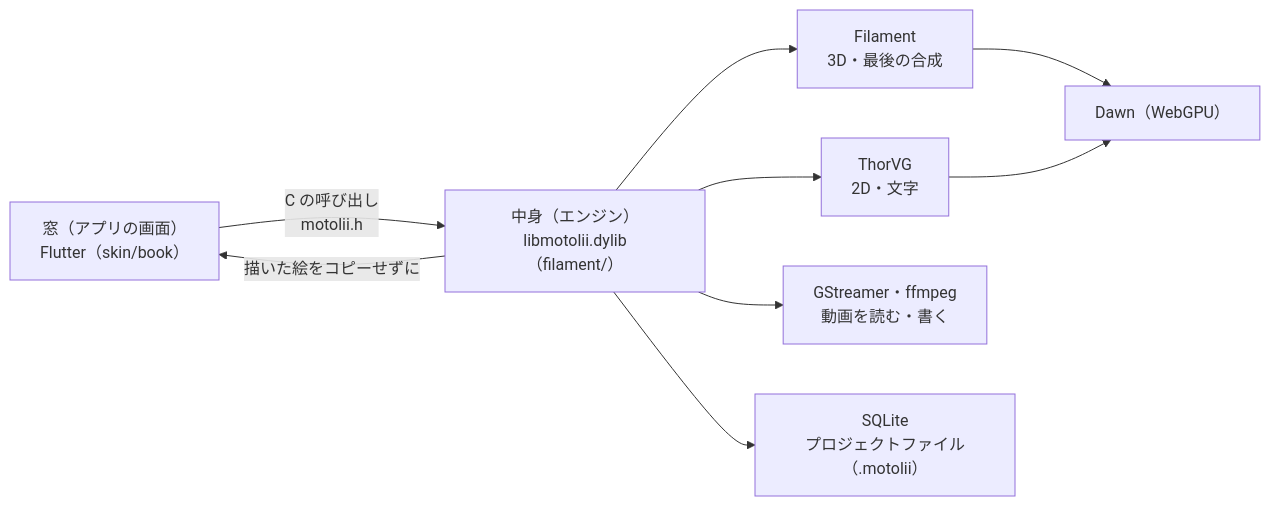
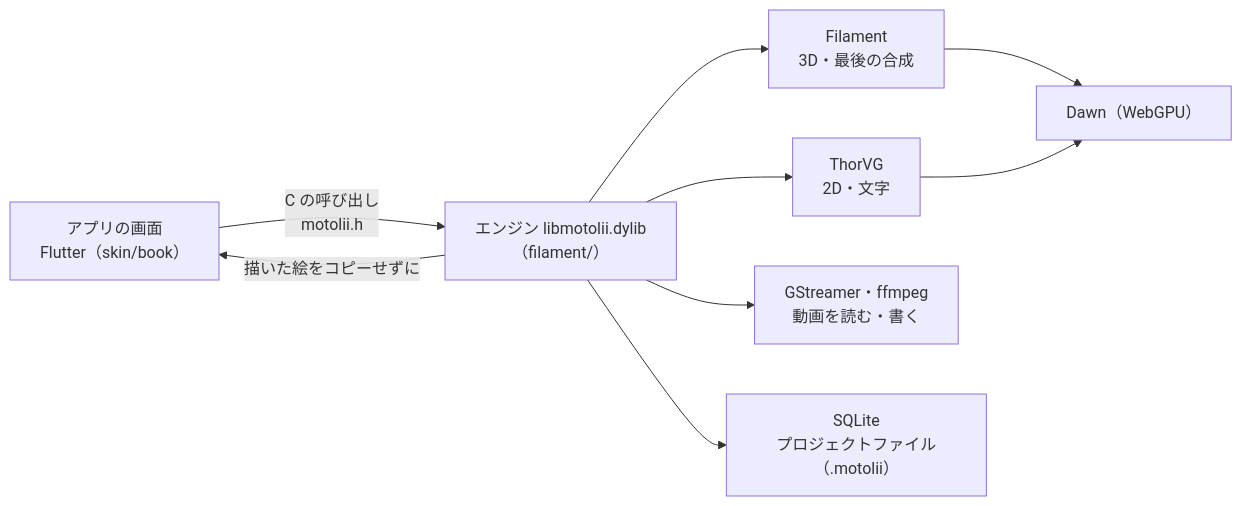
The diagram in README.md (oshikaidesu/Motolii), drawn with Mermaid before and after one commit. The commit also changed other lines of this file and 25 other files, not shown here.

````diff
--- a/README.md
+++ b/README.md
@@ -53,11 +59,11 @@
 ```mermaid
 flowchart LR
-  W["窓（アプリの画面）<br/>Flutter（skin/book）"] -- "C の呼び出し<br/>motolii.h" --> E["中身（エンジン）libmotolii.dylib<br/>（filament/）"]
+  W["アプリの画面<br/>Flutter（skin/book）"] -- "C の呼び出し<br/>motolii.h" --> E["エンジン libmotolii.dylib<br/>（filament/）"]
   E --> F["Filament<br/>3D・最後の合成"]
   E --> T["ThorVG<br/>2D・文字"]
   E --> G["GStreamer・ffmpeg<br/>動画を読む・書く"]
   E --> S["SQLite<br/>プロジェクトファイル（.motolii）"]
   F --> D["Dawn（WebGPU）"]
   T --> D
   E -- "描いた絵をコピーせずに" --> W
 ```
````
